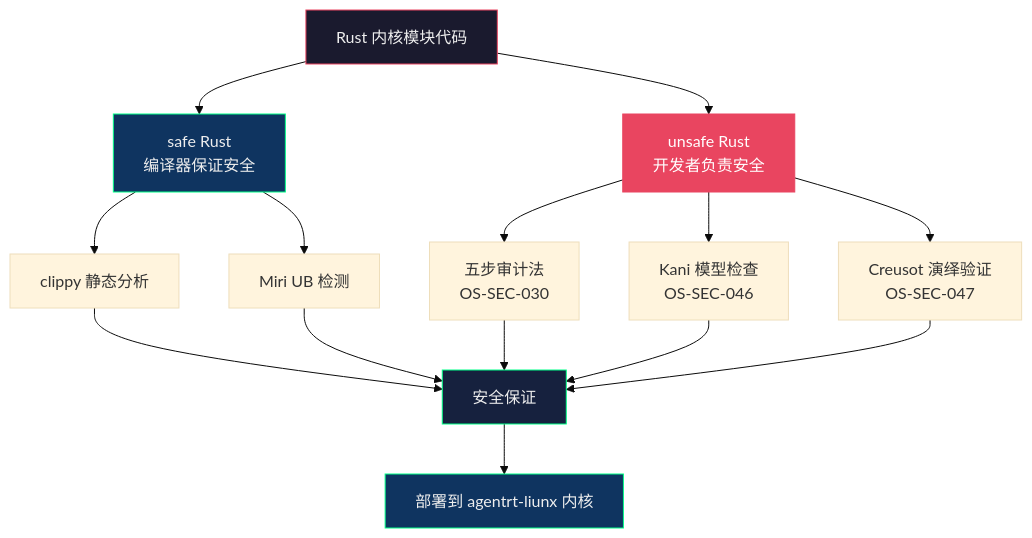
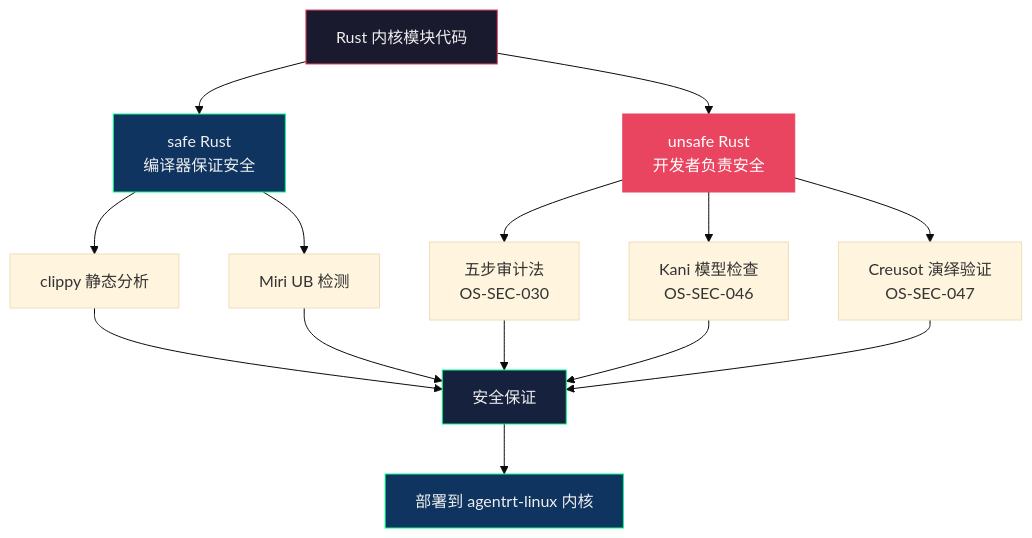
One commit to openairymax/docs changed the diagram in AirymaxOS/50-engineering-standards/10-coding-style/Rust_secure_coding_standard.md. Above: the diagram before and after it, drawn with Mermaid (base theme). The commit also changed other lines of this file and 239 other files, not shown here.

````diff
--- a/AirymaxOS/50-engineering-standards/10-coding-style/Rust_secure_coding_standard.md
+++ b/AirymaxOS/50-engineering-standards/10-coding-style/Rust_secure_coding_standard.md
@@ -451,26 +451,26 @@
 ```mermaid
 graph TD
     RUST["Rust 内核模块代码"] --> SAFE["safe Rust<br/>编译器保证安全"]
     RUST --> UNSAFE["unsafe Rust<br/>开发者负责安全"]
 
     SAFE --> CLIPPY["clippy 静态分析"]
     SAFE --> MIRI["Miri UB 检测"]
 
     UNSAFE --> AUDIT["五步审计法<br/>OS-SEC-030"]
     UNSAFE --> KANI["Kani 模型检查<br/>OS-SEC-046"]
     UNSAFE --> CREUSOT["Creusot 演绎验证<br/>OS-SEC-047"]
 
     CLIPPY --> OK["安全保证"]
     MIRI --> OK
     AUDIT --> OK
     KANI --> OK
     CREUSOT --> OK
 
-    OK --> DEPLOY["部署到 agentrt-liunx 内核"]
+    OK --> DEPLOY["部署到 agentrt-linux 内核"]
 
     style RUST fill:#1a1a2e,stroke:#e94560,color:#eee
     style SAFE fill:#0f3460,stroke:#00ff88,color:#eee
     style UNSAFE fill:#e94560,stroke:#e94560,color:#fff
     style DEPLOY fill:#0f3460,stroke:#00ff88,color:#eee
     style OK fill:#16213e,stroke:#00ff88,color:#eee
 ```
````
